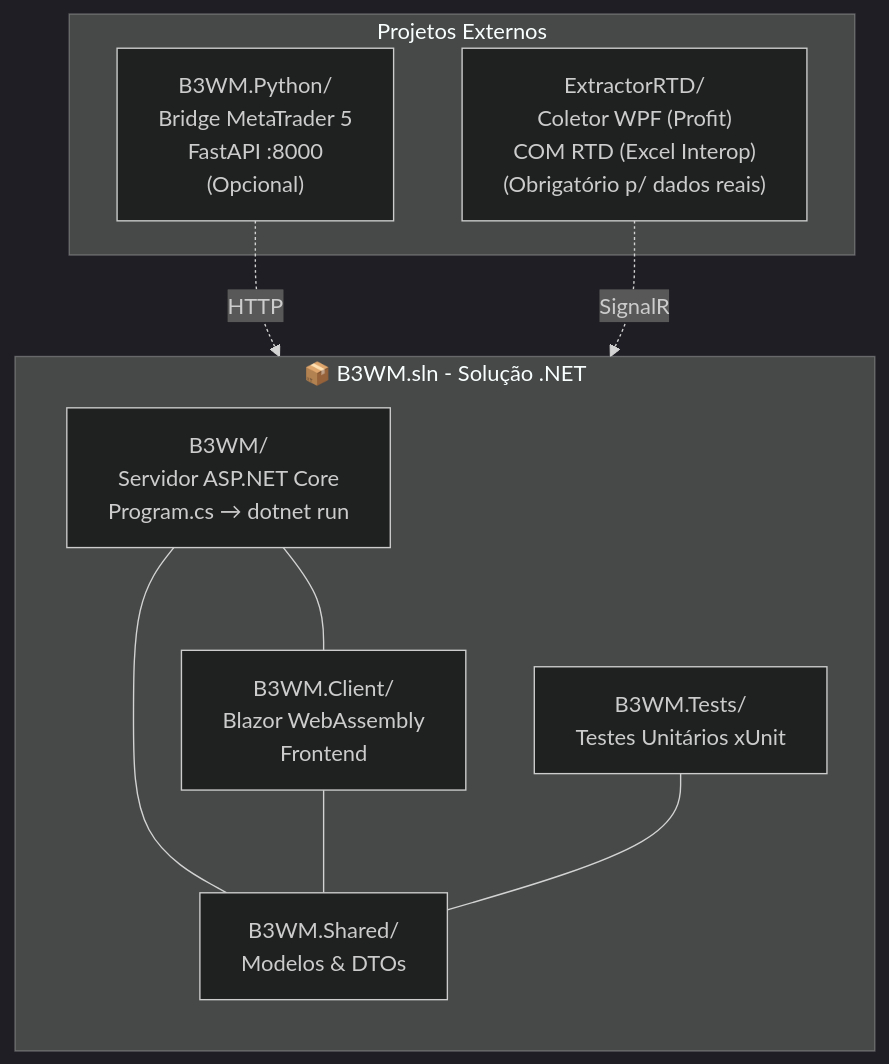
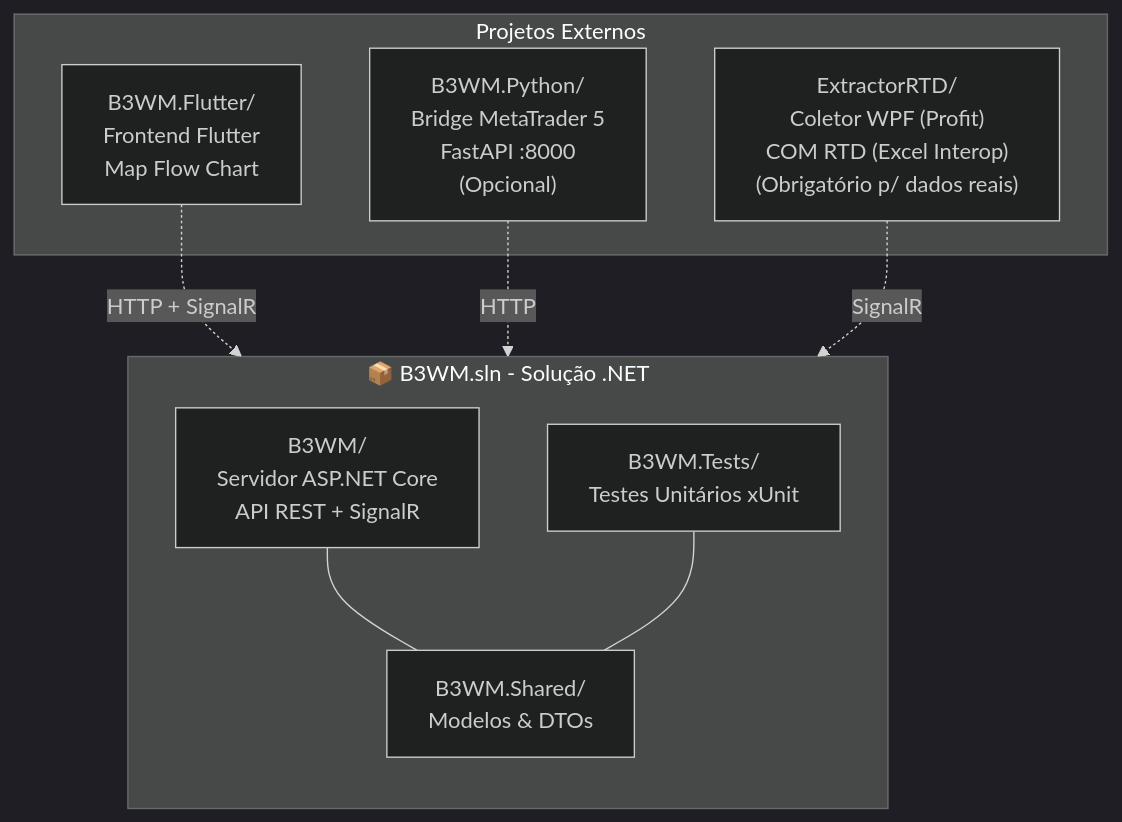
One commit to WebMat-SA/B3WM changed the first of 2 diagrams in README.md. Above: the diagram before and after it, drawn with Mermaid (dark theme). The commit also changed other lines of this file and 107 other files, not shown here.

First line of the commit message:
chore: remove Blazor WebAssembly frontend (substituted by Flutter)

````diff
--- a/README.md
+++ b/README.md
@@ -89,22 +90,21 @@
 ```mermaid
 graph TB
     subgraph SOL["📦 B3WM.sln - Solução .NET"]
         direction TB
-        API["B3WM/<br/>Servidor ASP.NET Core<br/>Program.cs → dotnet run"]
-        CLIENT["B3WM.Client/<br/>Blazor WebAssembly<br/>Frontend"]
+        API["B3WM/<br/>Servidor ASP.NET Core<br/>API REST + SignalR"]
         SHARED["B3WM.Shared/<br/>Modelos & DTOs"]
         TESTS["B3WM.Tests/<br/>Testes Unitários xUnit"]
-        API --- CLIENT
         API --- SHARED
-        CLIENT --- SHARED
         TESTS --- SHARED
     end
 
     subgraph EXT["Projetos Externos"]
+        FLUTTER["B3WM.Flutter/<br/>Frontend Flutter<br/>Map Flow Chart"]
         PYTHON["B3WM.Python/<br/>Bridge MetaTrader 5<br/>FastAPI :8000<br/>(Opcional)"]
         RTD["ExtractorRTD/<br/>Coletor WPF (Profit)<br/>COM RTD (Excel Interop)<br/>(Obrigatório p/ dados reais)"]
     end
 
+    FLUTTER -.->|HTTP + SignalR| API
     PYTHON -.->|HTTP| API
     RTD -.->|SignalR| API
 ```
````
